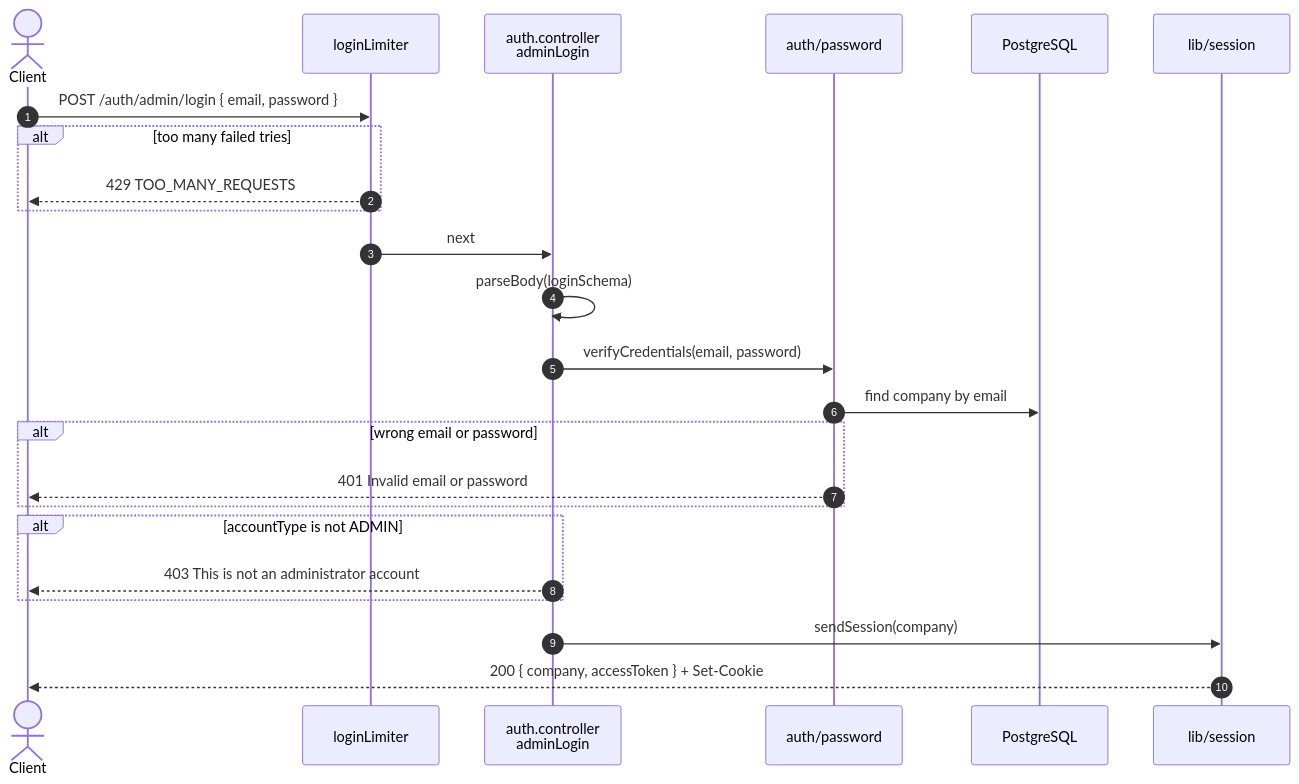
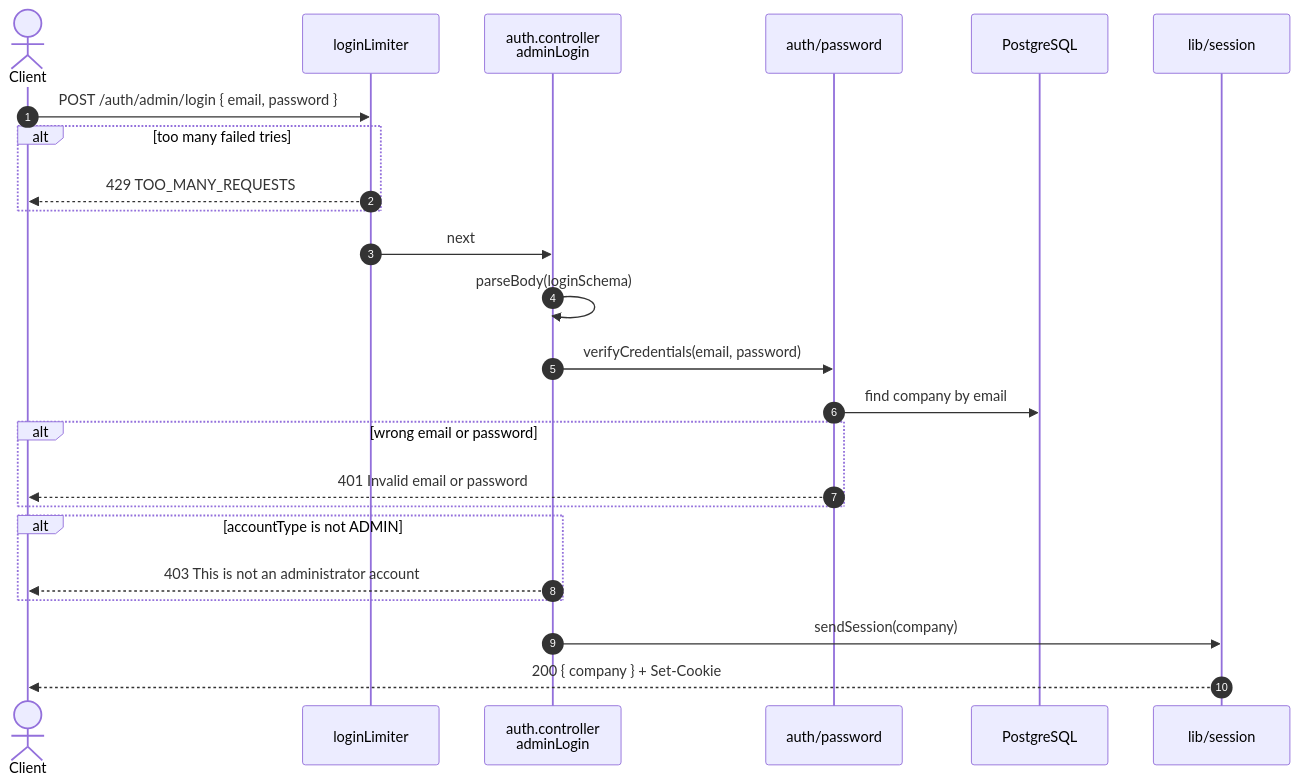
The third of 5 diagrams in docs/api/auth.md (taofuuu/MangoDB), drawn with Mermaid before and after one commit. The commit also changed other lines of this file and 2 other files, not shown here.

Commit message:
docs(api): production session replies carry no token

````diff
--- a/docs/api/auth.md
+++ b/docs/api/auth.md
@@ -98,27 +102,27 @@
 ```mermaid
 sequenceDiagram
     autonumber
     actor C as Client
     participant RL as loginLimiter
     participant Ctl as auth.controller<br/>adminLogin
     participant P as auth/password
     participant DB as PostgreSQL
     participant S as lib/session
 
     C->>RL: POST /auth/admin/login { email, password }
     alt too many failed tries
         RL-->>C: 429 TOO_MANY_REQUESTS
     end
     RL->>Ctl: next
     Ctl->>Ctl: parseBody(loginSchema)
     Ctl->>P: verifyCredentials(email, password)
     P->>DB: find company by email
     alt wrong email or password
         P-->>C: 401 Invalid email or password
     end
     alt accountType is not ADMIN
         Ctl-->>C: 403 This is not an administrator account
     end
     Ctl->>S: sendSession(company)
-    S-->>C: 200 { company, accessToken } + Set-Cookie
+    S-->>C: 200 { company } + Set-Cookie
 ```
````
